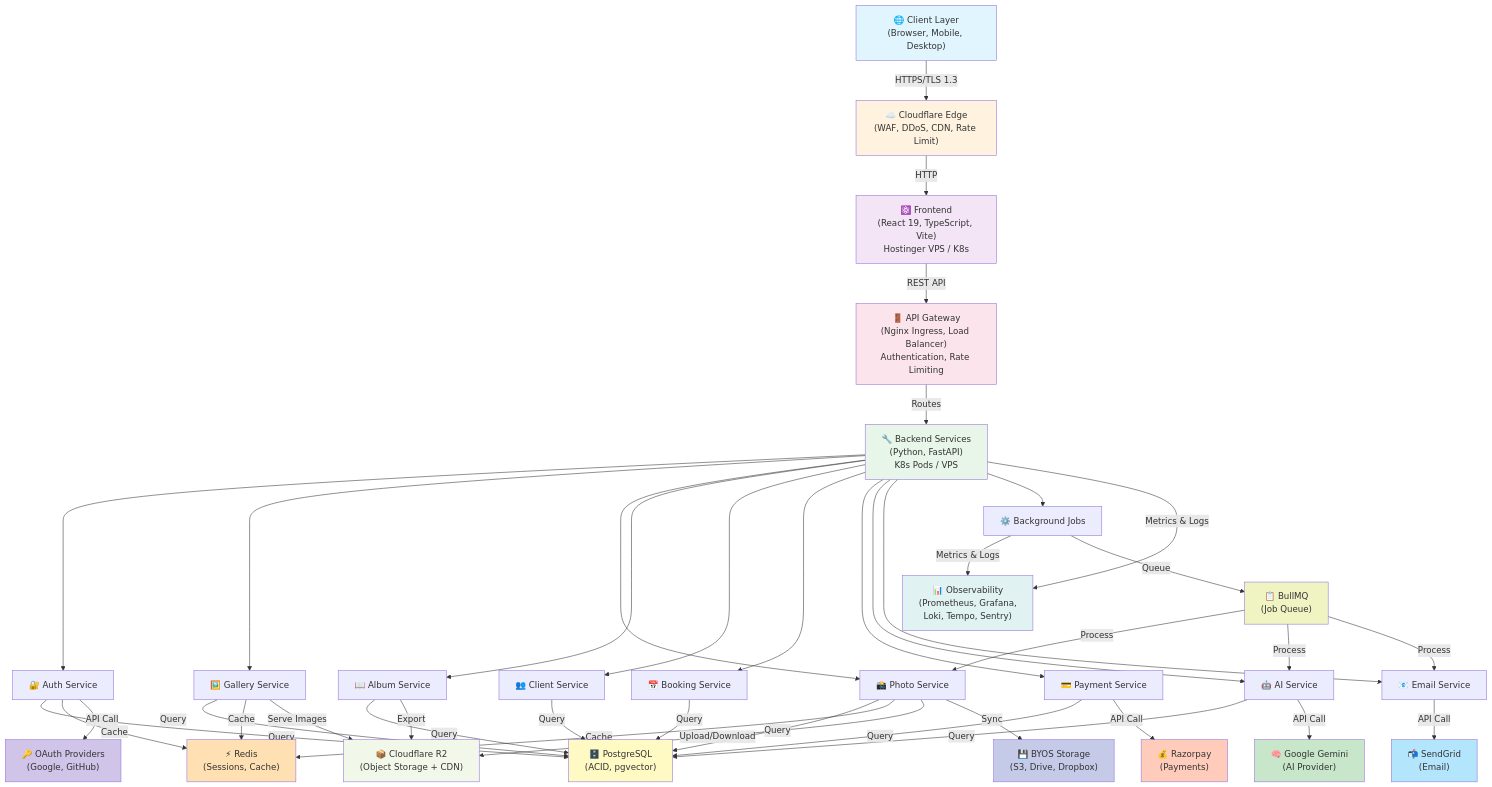
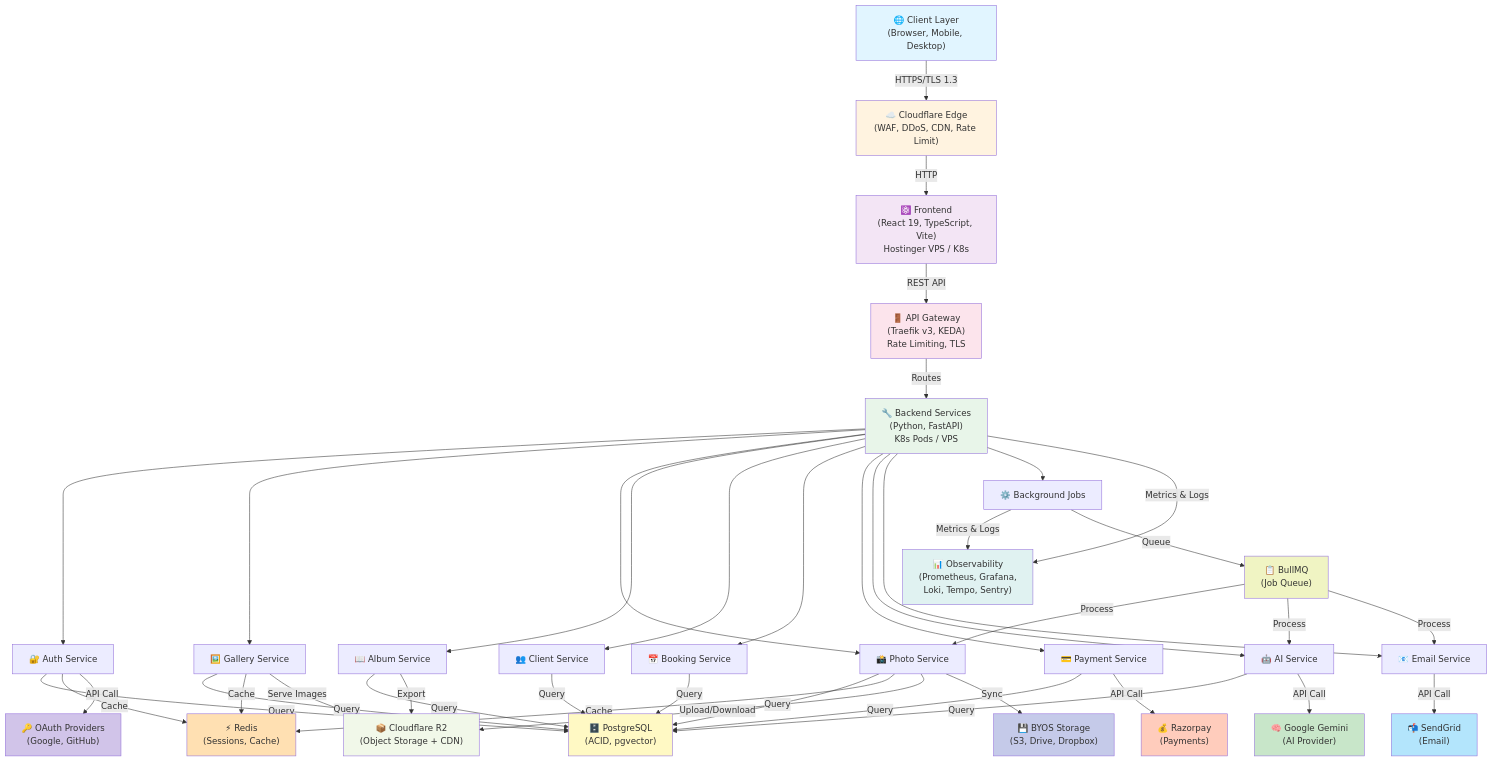
Before and after one commit to veerababumanyam/RawDrive: the diagram in docs/project/01-TECH_STACK.md, drawn with Mermaid. The commit also changed other lines of this file and 470 other files, not shown here.

```diff
--- a/docs/project/01-TECH_STACK.md
+++ b/docs/project/01-TECH_STACK.md
@@ -99,7 +99,7 @@
     
     Frontend["⚛️ Frontend<br/>(React 19, TypeScript, Vite)<br/>Hostinger VPS / K8s"]
     
-    Ingress["🚪 API Gateway<br/>(Nginx Ingress, Load Balancer)<br/>Authentication, Rate Limiting"]
+    Ingress["🚪 API Gateway<br/>(Traefik v3, KEDA)<br/>Rate Limiting, TLS"]
     
     Backend["🔧 Backend Services<br/>(Python, FastAPI)<br/>K8s Pods / VPS"]
     
```
